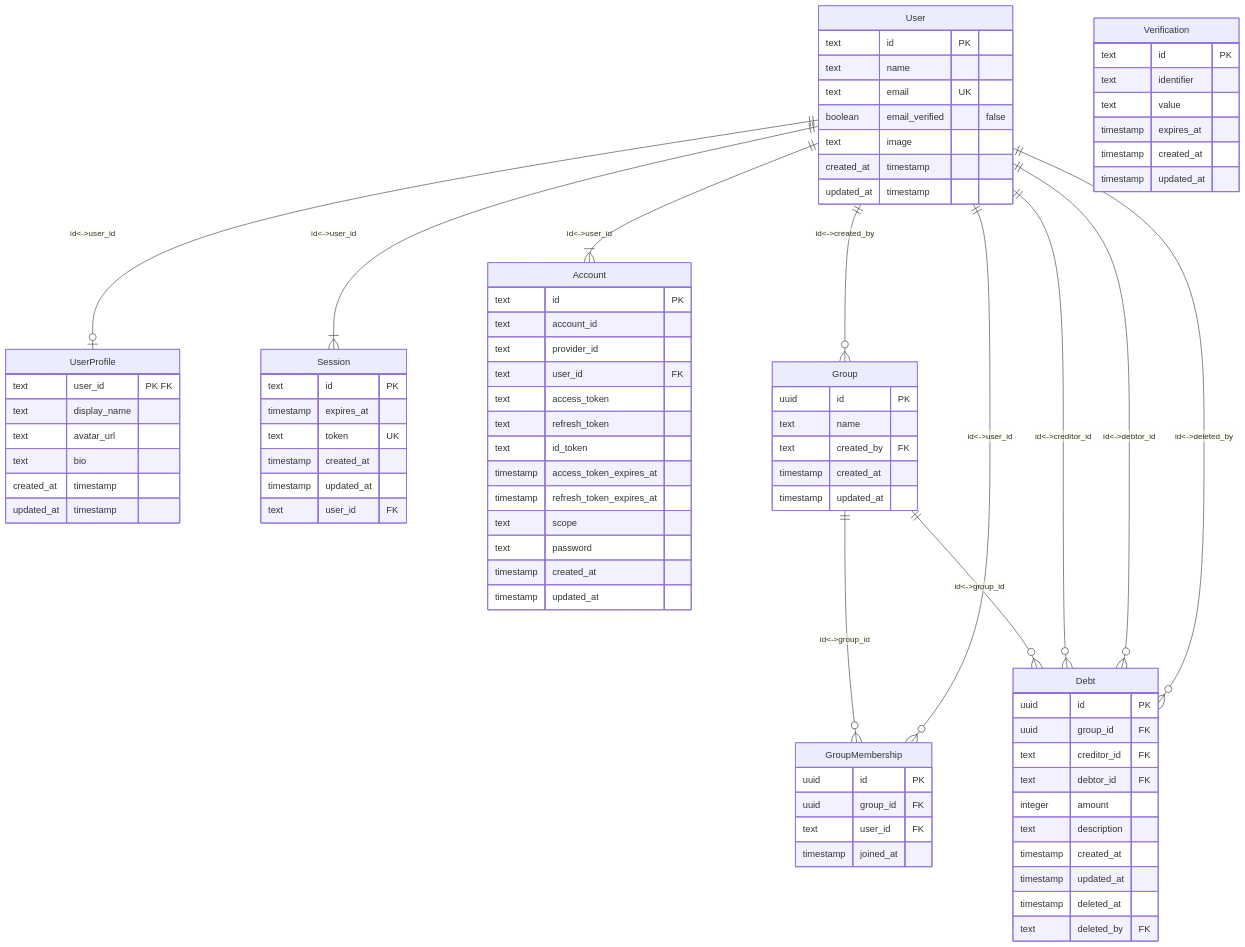
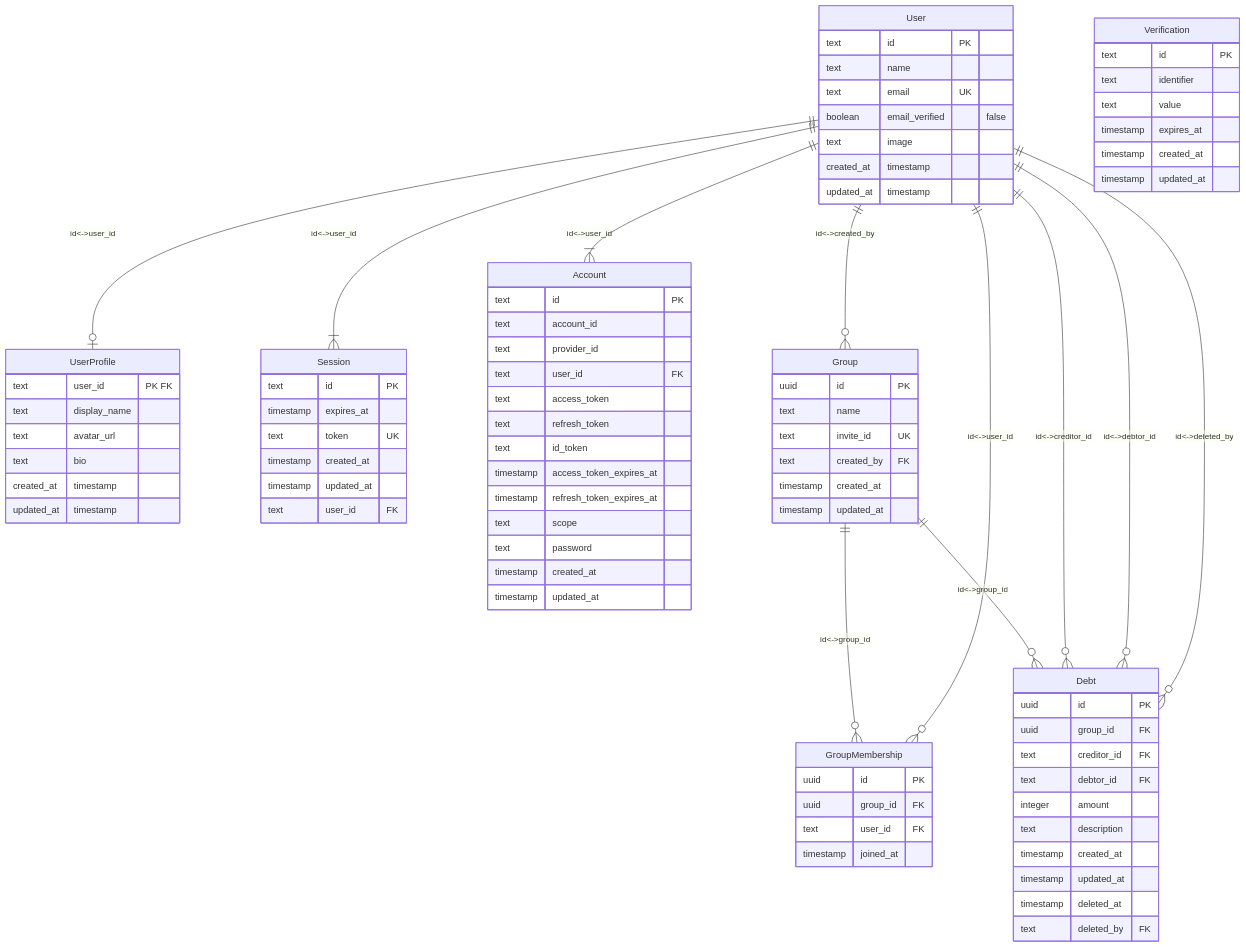
Before and after one commit to Pay-Crew/pay-crew2: the diagram in assets/er.mmd, drawn with Mermaid. The commit also changed 3 other files, not shown here.

```diff
--- a/assets/er.mmd
+++ b/assets/er.mmd
@@ -1,96 +1,97 @@
 erDiagram
     User {
         text id PK
         text name
         text email UK
         boolean email_verified "false"
         text image
         created_at timestamp
         updated_at timestamp
     }
 
     UserProfile {
         text user_id "PK FK"
         text display_name
         text avatar_url
         text bio
         created_at timestamp
         updated_at timestamp
     }
 
     Session {
         text id PK
         timestamp expires_at
         text token UK
         timestamp created_at
         timestamp updated_at
         text user_id FK
     }
 
     Account {
         text id PK
         text account_id
         text provider_id
         text user_id FK
         text access_token
         text refresh_token
         text id_token
         timestamp access_token_expires_at
         timestamp refresh_token_expires_at
         text scope
         text password
         timestamp created_at
         timestamp updated_at
     }
 
     Verification {
         text id PK
         text identifier
         text value
         timestamp expires_at
         timestamp created_at
         timestamp updated_at
     }
 
     Group {
         uuid id PK
         text name
+        text invite_id UK
         text created_by FK
         timestamp created_at
         timestamp updated_at
     }
 
     GroupMembership {
         uuid id PK
         uuid group_id FK
         text user_id FK
         timestamp joined_at
     }
 
     Debt {
         uuid id PK
         uuid group_id FK
         text creditor_id FK
         text debtor_id FK
         integer amount
         text description
         timestamp created_at
         timestamp updated_at
         timestamp deleted_at
         text deleted_by FK
     }
 
     User ||--|{ Session : "id<->user_id"
     User ||--|{ Account : "id<->user_id"
 
     User ||--o| UserProfile : "id<->user_id"
 
     User ||--o{ Group : "id<->created_by"
 
     Group ||--o{ GroupMembership : "id<->group_id"
     User ||--o{ GroupMembership : "id<->user_id"
 
     Group ||--o{ Debt : "id<->group_id"
     User ||--o{ Debt : "id<->creditor_id"
     User ||--o{ Debt : "id<->debtor_id"
     User ||--o{ Debt : "id<->deleted_by"
```
